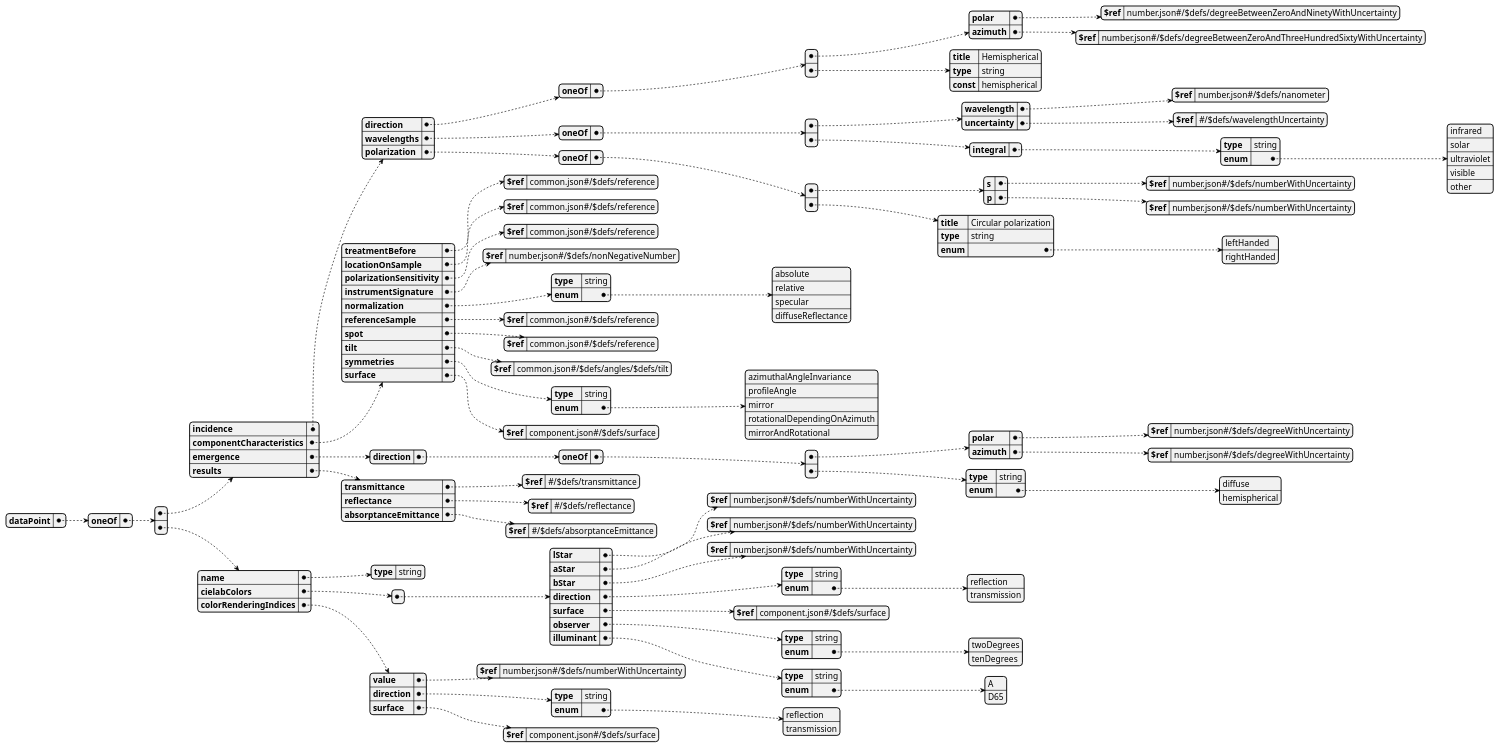
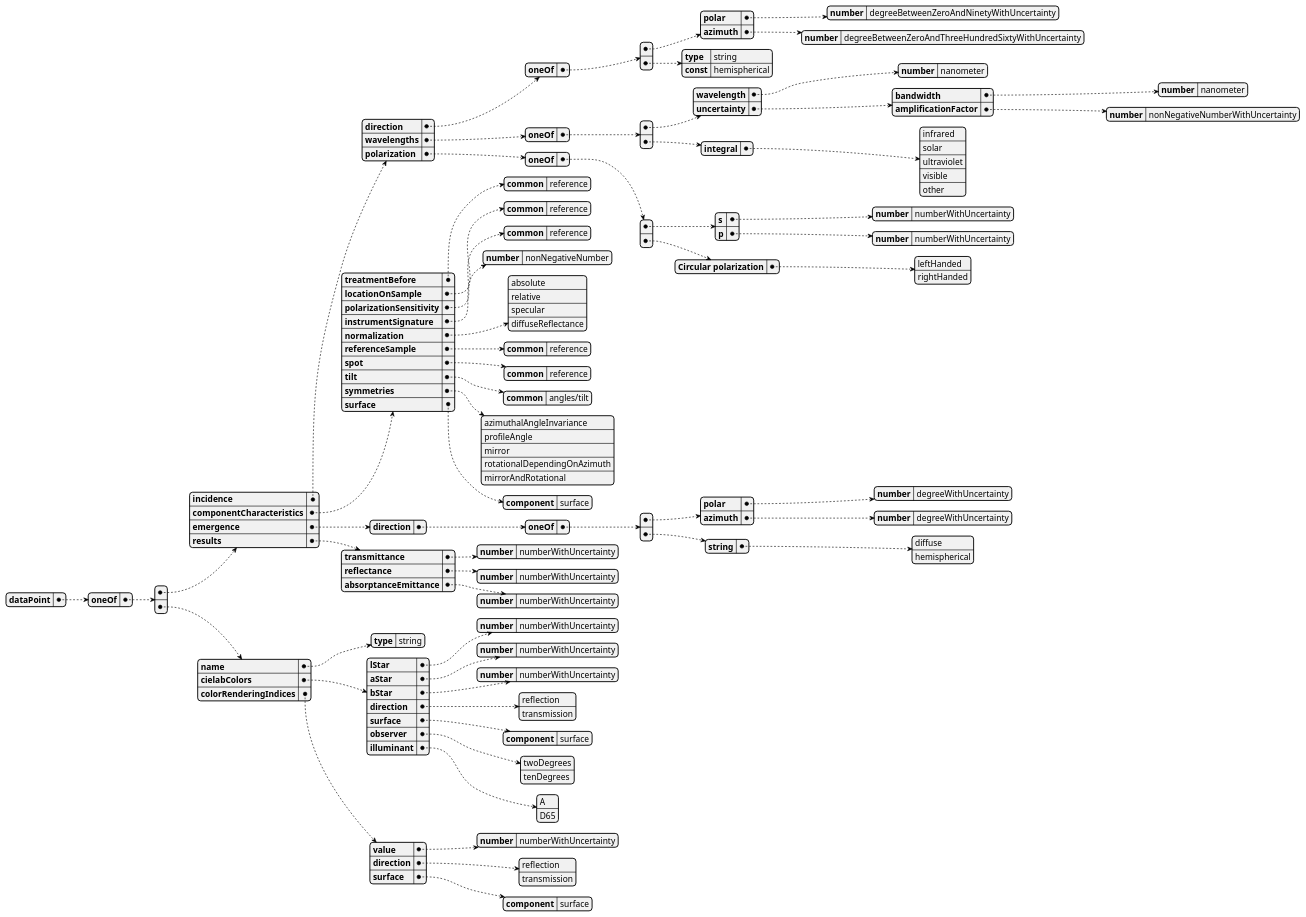
Before and after one commit to building-envelope-data/api: the diagram in docs/diagrams/src/opticalDataPointSchema.plantuml, drawn with PlantUML. The commit also changed 2 other files, not shown here.

Commit message:
Remove `enum`, `array` and `$ref` where possible to reduce the size of the diagram opticalDataPointSchema

```diff
--- a/docs/diagrams/src/opticalDataPointSchema.plantuml
+++ b/docs/diagrams/src/opticalDataPointSchema.plantuml
@@ -8,17 +8,16 @@
           "oneOf": [
           {
             "polar": {
-              "$ref": "number.json#/$defs/degreeBetweenZeroAndNinetyWithUncertainty"
+              "number": "degreeBetweenZeroAndNinetyWithUncertainty"
             }
             ,
             "azimuth": {
-              "$ref": "number.json#/$defs/degreeBetweenZeroAndThreeHundredSixtyWithUncertainty"
+              "number": "degreeBetweenZeroAndThreeHundredSixtyWithUncertainty"
 
             }
           }
           ,
           {
-            "title": "Hemispherical",
             "type": "string",
             "const": "hemispherical"
           }
@@ -29,17 +28,22 @@
           "oneOf": [
           {
             "wavelength": {
-              "$ref": "number.json#/$defs/nanometer"
+              "number": "nanometer"
             }
             ,
-            "uncertainty": { "$ref": "#/$defs/wavelengthUncertainty" }
+            "uncertainty": {
+              "bandwidth": {
+                "number": "nanometer"
+              }
+              ,
+              "amplificationFactor": {
+                "number": "nonNegativeNumberWithUncertainty"
+              }
+            }
           }
           ,
           {
-            "integral": {
-              "type": "string",
-              "enum": ["infrared", "solar", "ultraviolet", "visible", "other"]
-            }
+            "integral": ["infrared", "solar", "ultraviolet", "visible", "other"]
           }
           ]
         }
@@ -48,18 +52,16 @@
           "oneOf": [
           {
             "s": {
-              "$ref": "number.json#/$defs/numberWithUncertainty"
+              "number": "numberWithUncertainty"
             }
             ,
             "p": {
-              "$ref": "number.json#/$defs/numberWithUncertainty"
+              "number": "numberWithUncertainty"
             }
           }
           ,
           {
-            "title": "Circular polarization",
-            "type": "string",
-            "enum": ["leftHanded", "rightHanded"]
+            "Circular polarization": ["leftHanded", "rightHanded"]
           }
           ]
         }
@@ -67,51 +69,45 @@
       ,
       "componentCharacteristics": {
         "treatmentBefore": {
-          "$ref": "common.json#/$defs/reference"
+          "common": "reference"
         }
         ,
         "locationOnSample": {
-          "$ref": "common.json#/$defs/reference"
+          "common": "reference"
         }
         ,
         "polarizationSensitivity": {
-          "$ref": "common.json#/$defs/reference"
+          "common": "reference"
         }
         ,
         "instrumentSignature": {
-          "$ref": "number.json#/$defs/nonNegativeNumber"
+          "number": "nonNegativeNumber"
         }
         ,
-        "normalization": {
-          "type": "string",
-          "enum": ["absolute", "relative", "specular", "diffuseReflectance"]
-        }
+        "normalization":  ["absolute", "relative", "specular", "diffuseReflectance"]
         ,
         "referenceSample": {
-          "$ref": "common.json#/$defs/reference"
+          "common": "reference"
         }
         ,
         "spot": {
-          "$ref": "common.json#/$defs/reference"
+          "common": "reference"
         }
         ,
         "tilt": {
-          "$ref": "common.json#/$defs/angles/$defs/tilt"
+          "common": "angles/tilt"
         }
         ,
-        "symmetries": {
-          "type": "string",
-          "enum": [
-          "azimuthalAngleInvariance",
-          "profileAngle",
-          "mirror",
-          "rotationalDependingOnAzimuth",
-          "mirrorAndRotational"
-          ]
-        }
+        "symmetries": [
+        "azimuthalAngleInvariance",
+        "profileAngle",
+        "mirror",
+        "rotationalDependingOnAzimuth",
+        "mirrorAndRotational"
+        ]
         ,
         "surface": {
-          "$ref": "component.json#/$defs/surface"
+          "component": "surface"
         }
       }
       ,
@@ -120,17 +116,16 @@
           "oneOf": [
           {
             "polar": {
-              "$ref": "number.json#/$defs/degreeWithUncertainty"
+              "number": "degreeWithUncertainty"
             }
             ,
             "azimuth": {
-              "$ref": "number.json#/$defs/degreeWithUncertainty"
+              "number": "degreeWithUncertainty"
             }
           }
           ,
           {
-            "type": "string",
-            "enum": ["diffuse", "hemispherical"]
+            "string": ["diffuse", "hemispherical"]
           }
           ]
         }
@@ -138,15 +133,15 @@
       ,
       "results": {
         "transmittance": {
-          "$ref": "#/$defs/transmittance"
+          "number": "numberWithUncertainty"
         }
         ,
         "reflectance": {
-          "$ref": "#/$defs/reflectance"
+          "number": "numberWithUncertainty"
         }
         ,
         "absorptanceEmittance": {
-          "$ref": "#/$defs/absorptanceEmittance"
+          "number": "numberWithUncertainty"
         }
       }
     }
@@ -156,53 +151,40 @@
         "type": "string"
       }
       ,
-      "cielabColors": [
+      "cielabColors":
       {
         "lStar": {
-          "$ref": "number.json#/$defs/numberWithUncertainty"
+          "number": "numberWithUncertainty"
         }
         ,
         "aStar": {
-          "$ref": "number.json#/$defs/numberWithUncertainty"
+          "number": "numberWithUncertainty"
         }
         ,
         "bStar": {
-          "$ref": "number.json#/$defs/numberWithUncertainty"
+          "number": "numberWithUncertainty"
         }
         ,
-        "direction": {
-          "type": "string",
-          "enum": ["reflection", "transmission"]
+        "direction":  ["reflection", "transmission"]
+        ,
+        "surface": {
+          "component": "surface"
         }
         ,
-        "surface": {
-          "$ref": "component.json#/$defs/surface"
-        }
+        "observer":  ["twoDegrees", "tenDegrees"]
         ,
-        "observer": {
-          "type": "string",
-          "enum": ["twoDegrees", "tenDegrees"]
-        }
-        ,
-        "illuminant": {
-          "type": "string",
-          "enum": ["A", "D65"]
-        }
+        "illuminant":  ["A", "D65"]
       }
-      ]
       ,
       "colorRenderingIndices": {
         "value": {
-          "$ref": "number.json#/$defs/numberWithUncertainty"
+          "number": "numberWithUncertainty"
         }
         ,
-        "direction": {
-          "type": "string",
-          "enum": ["reflection", "transmission"]
-        }
+        "direction":  ["reflection", "transmission"]
         ,
         "surface": {
-          "$ref": "component.json#/$defs/surface"
+          "component": "surface"
         }
       }
     }
```
